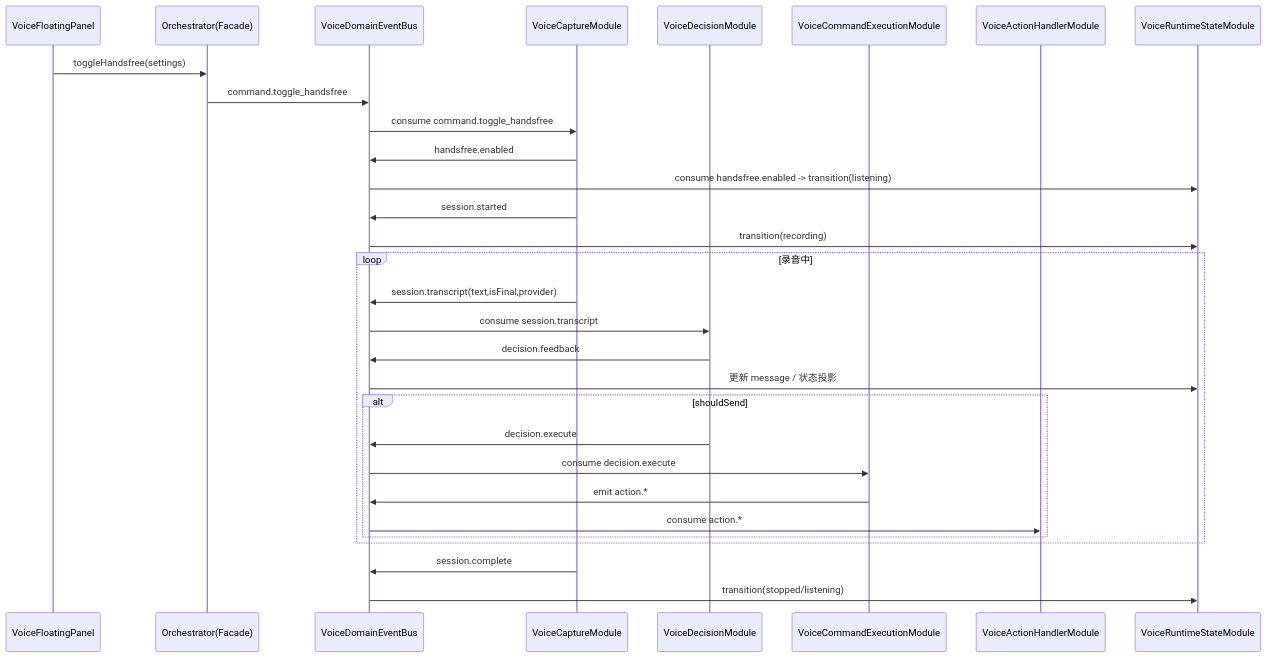
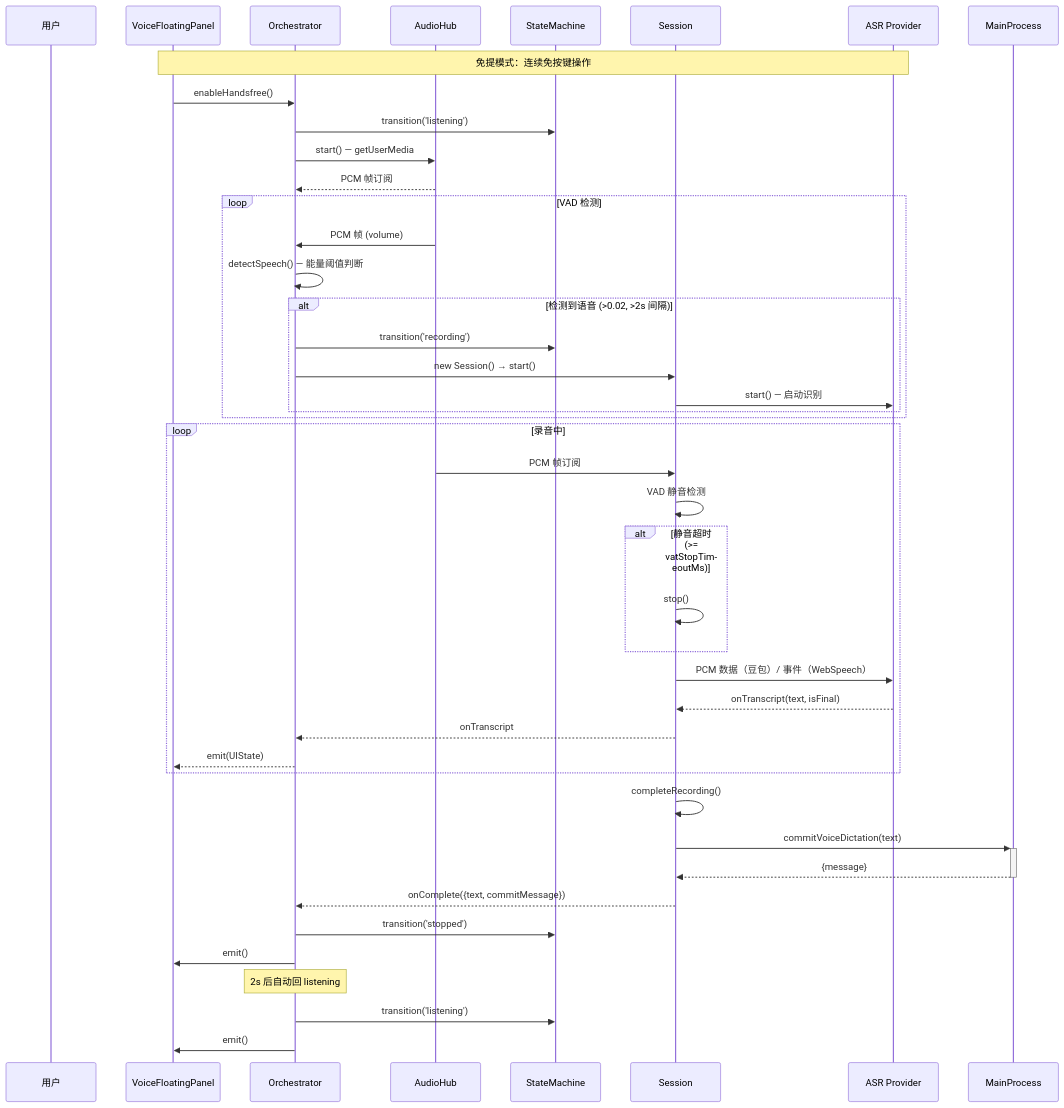
The fifth of 6 diagrams in apps/electron/src/renderer/components/voice-dictation/CLAUDE.md (yjzaaa/porma_v1), drawn with Mermaid before and after one commit. The commit also changed other lines of this file and 26 other files, not shown here.

First line of the commit message:
refactor(voice-dictation): 将 ASR 对外交交互从核心模块移至 Hook 层

````diff
--- a/apps/electron/src/renderer/components/voice-dictation/CLAUDE.md
+++ b/apps/electron/src/renderer/components/voice-dictation/CLAUDE.md
@@ -96,36 +212,49 @@
 ```mermaid
 sequenceDiagram
+    participant User as 用户
     participant UI as VoiceFloatingPanel
-    participant F as Orchestrator(Facade)
-    participant B as VoiceDomainEventBus
-    participant C as VoiceCaptureModule
-    participant D as VoiceDecisionModule
-    participant X as VoiceCommandExecutionModule
-    participant H as VoiceActionHandlerModule
-    participant S as VoiceRuntimeStateModule
-
-    UI->>F: toggleHandsfree(settings)
-    F->>B: command.toggle_handsfree
-    B->>C: consume command.toggle_handsfree
-    C->>B: handsfree.enabled
-    B->>S: consume handsfree.enabled -> transition(listening)
-
-    C->>B: session.started
-    B->>S: transition(recording)
-
+    participant Orch as Orchestrator
+    participant Hub as AudioHub
+    participant FSM as StateMachine
+    participant Sess as Session
+    participant ASR as ASR Provider
+    
+    Note over UI,ASR: 免提模式：连续免按键操作
+    
+    UI->>Orch: enableHandsfree()
+    Orch->>FSM: transition('listening')
+    Orch->>Hub: start() — getUserMedia
+    Hub-->>Orch: PCM 帧订阅
+    
+    loop VAD 检测
+        Hub->>Orch: PCM 帧 (volume)
+        Orch->>Orch: detectSpeech() — 能量阈值判断
+        alt 检测到语音 (>0.02, >2s 间隔)
+            Orch->>FSM: transition('recording')
+            Orch->>Sess: new Session() → start()
+            Sess->>ASR: start() — 启动识别
+        end
+    end
+    
     loop 录音中
-      C->>B: session.transcript(text,isFinal,provider)
-      B->>D: consume session.transcript
-      D->>B: decision.feedback
-      B->>S: 更新 message / 状态投影
-      alt shouldSend
-        D->>B: decision.execute
-        B->>X: consume decision.execute
-        X->>B: emit action.*
-        B->>H: consume action.*
-      end
+        Hub->>Sess: PCM 帧订阅
+        Sess->>Sess: VAD 静音检测
+        alt 静音超时 (>= vatStopTimeoutMs)
+            Sess->>Sess: stop()
+        end
+        Sess->>ASR: PCM 数据（豆包）/ 事件（WebSpeech）
+        ASR-->>Sess: onTranscript(text, isFinal)
+        Sess-->>Orch: onTranscript
+        Orch-->>UI: emit(UIState)
     end
-
-    C->>B: session.complete
-    B->>S: transition(stopped/listening)
+    
+    Sess->>Sess: completeRecording()
+    Sess->>+MainProcess: commitVoiceDictation(text)
+    MainProcess-->>-Sess: {message}
+    Sess-->>Orch: onComplete({text, commitMessage})
+    Orch->>FSM: transition('stopped')
+    Orch->>UI: emit()
+    Note over Orch: 2s 后自动回 listening
+    Orch->>FSM: transition('listening')
+    Orch->>UI: emit()
 ```
````
